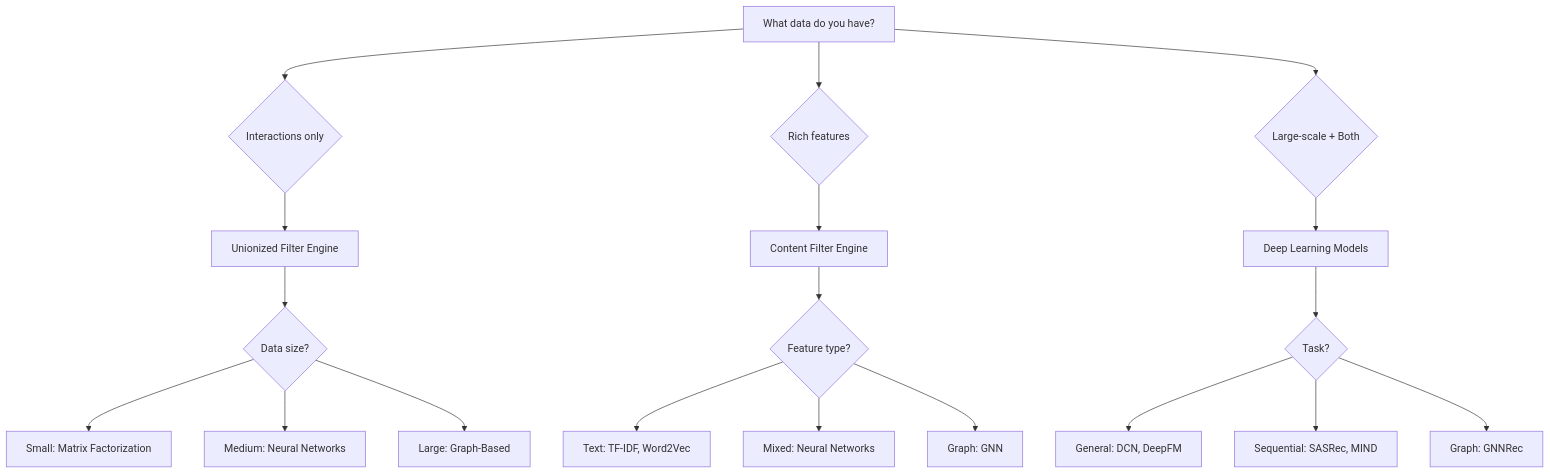
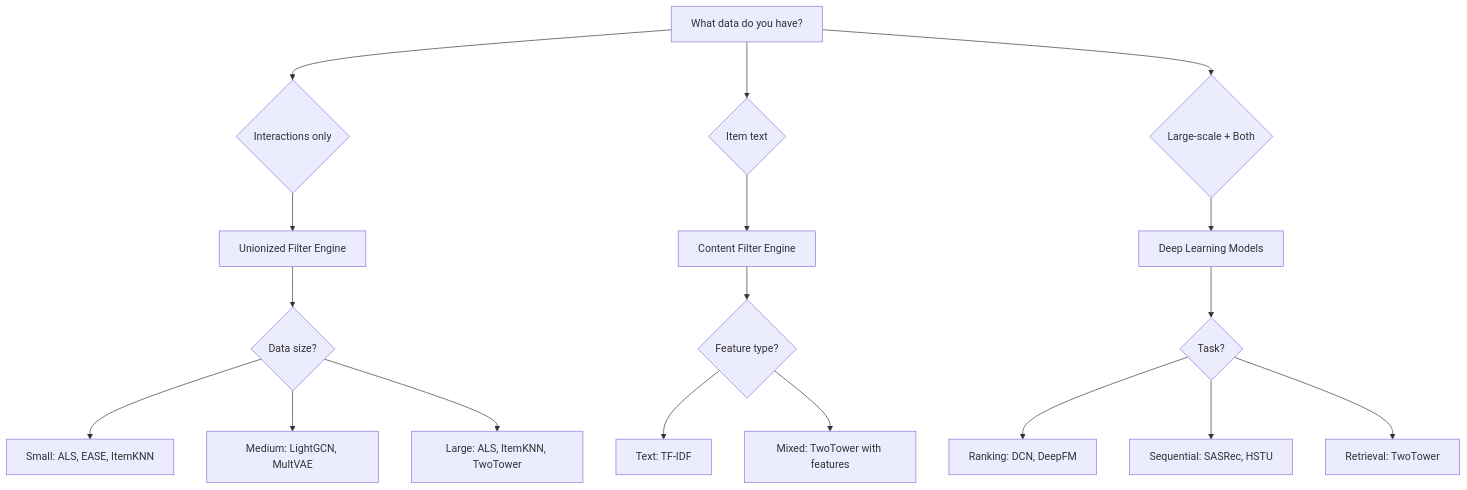
One commit to vishesh9131/CoreRec changed the second of 2 diagrams in docs/engines/index.md. Above: the diagram before and after it, drawn with Mermaid. The commit also changed other lines of this file and 1 other file, not shown here.

````diff
--- a/docs/engines/index.md
+++ b/docs/engines/index.md
@@ -320,25 +304,24 @@
 ```mermaid
 graph TD
     A[What data do you have?] --> B{Interactions only}
-    A --> C{Rich features}
+    A --> C{Item text}
     A --> D{Large-scale + Both}
     
     B --> E[Unionized Filter Engine]
     C --> F[Content Filter Engine]
     D --> G[Deep Learning Models]
     
     E --> E1{Data size?}
-    E1 --> E2[Small: Matrix Factorization]
-    E1 --> E3[Medium: Neural Networks]
-    E1 --> E4[Large: Graph-Based]
+    E1 --> E2[Small: ALS, EASE, ItemKNN]
+    E1 --> E3[Medium: LightGCN, MultVAE]
+    E1 --> E4[Large: ALS, ItemKNN, TwoTower]
     
     F --> F1{Feature type?}
-    F1 --> F2[Text: TF-IDF, Word2Vec]
-    F1 --> F3[Mixed: Neural Networks]
-    F1 --> F4[Graph: GNN]
+    F1 --> F2[Text: TF-IDF]
+    F1 --> F3[Mixed: TwoTower with features]
     
     G --> G1{Task?}
-    G1 --> G2[General: DCN, DeepFM]
-    G1 --> G3[Sequential: SASRec, MIND]
-    G1 --> G4[Graph: GNNRec]
+    G1 --> G2[Ranking: DCN, DeepFM]
+    G1 --> G3[Sequential: SASRec, HSTU]
+    G1 --> G4[Retrieval: TwoTower]
 ```
````
